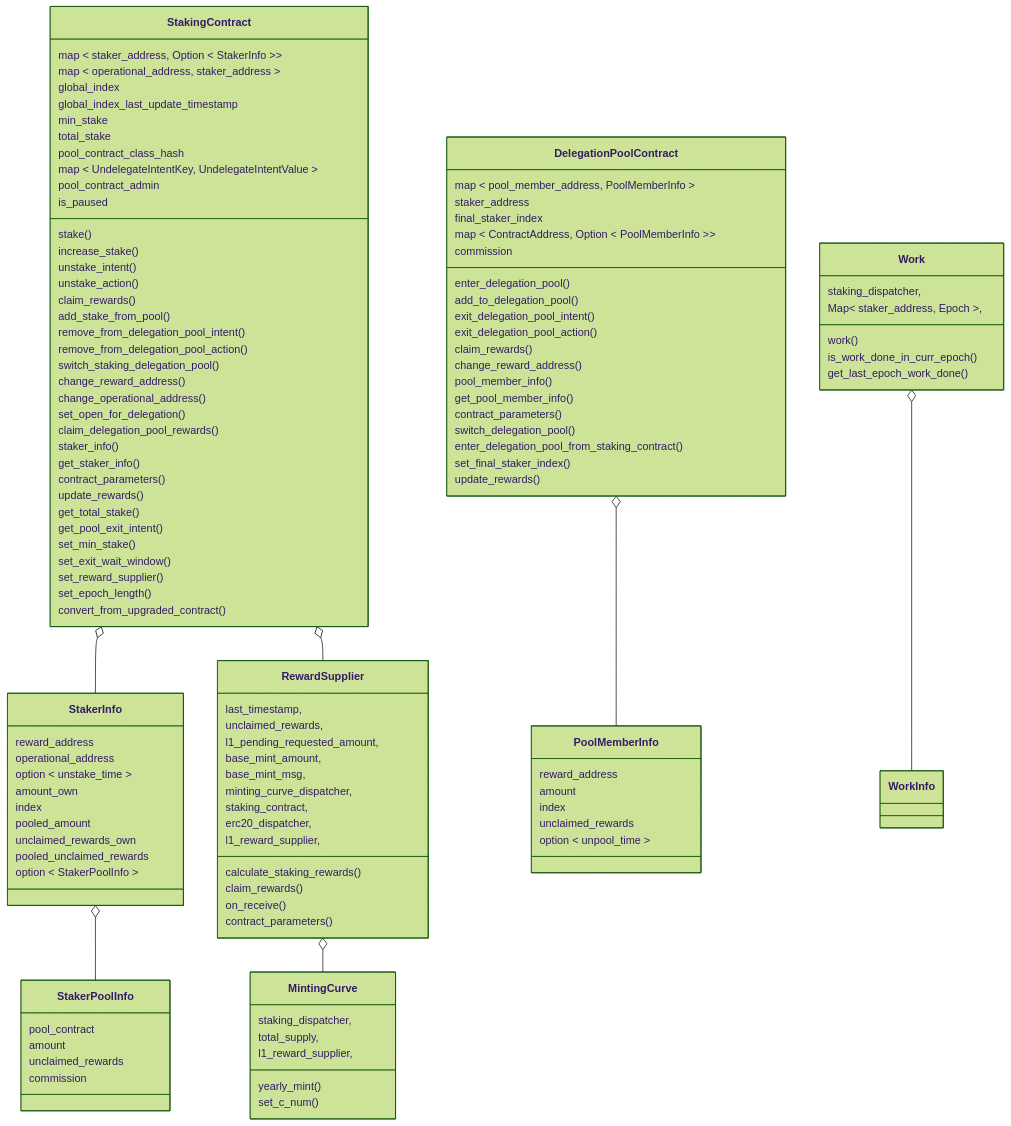
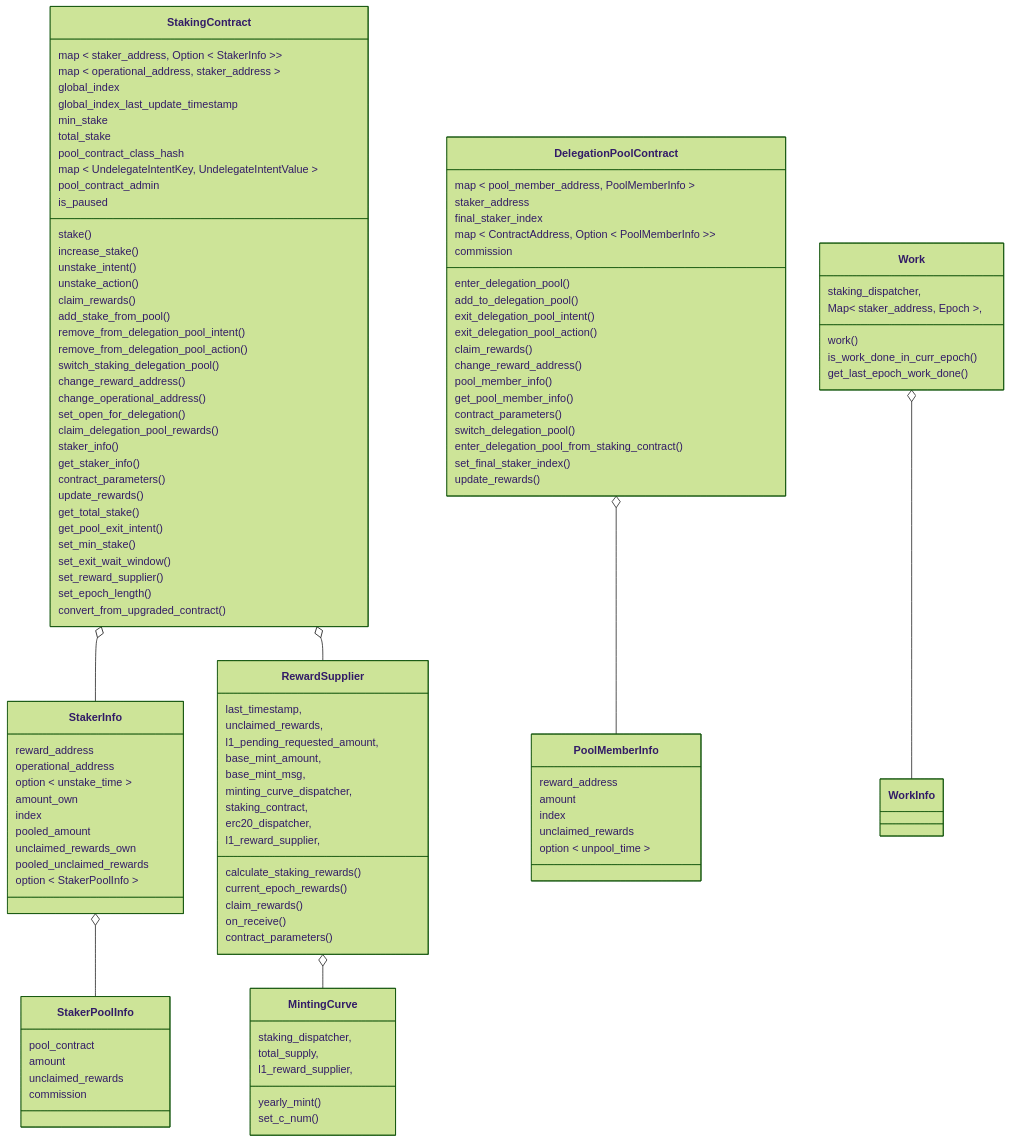
Before and after one commit to starkware-libs/starknet-staking: the first of 8 diagrams in workspace/apps/staking/docs/spec.md, drawn with Mermaid (forest theme). The commit also changed other lines of this file and 4 other files, not shown here.

Commit message:
feat(staking): calculate current epoch rewards (#3001)

```diff
--- a/workspace/apps/staking/docs/spec.md
+++ b/workspace/apps/staking/docs/spec.md
@@ -275,6 +276,7 @@
     erc20_dispatcher,
     l1_reward_supplier,
     calculate_staking_rewards()
+    current_epoch_rewards()
     claim_rewards()
     on_receive()
     contract_parameters()
```
